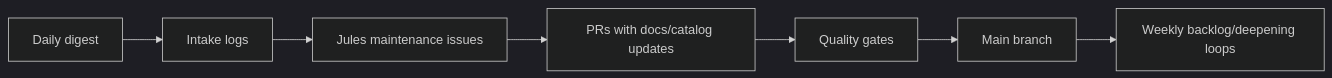
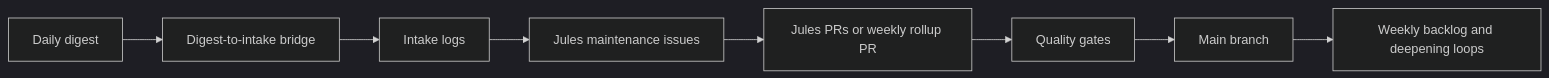
The diagram in docs/index.md (joanmarcriera/Home-office-automations), drawn with Mermaid (dark theme) before and after one commit. The commit also changed other lines of this file and 9 other files, not shown here.

Commit message:
docs: align repository automation flow

````diff
--- a/docs/index.md
+++ b/docs/index.md
@@ -67,9 +67,10 @@
 ```mermaid
 flowchart LR
-    A["Daily digest"] --> B["Intake logs"]
-    B --> C["Jules maintenance issues"]
-    C --> D["PRs with docs/catalog updates"]
-    D --> E["Quality gates"]
-    E --> F["Main branch"]
-    F --> G["Weekly backlog/deepening loops"]
+    A["Daily digest"] --> B["Digest-to-intake bridge"]
+    B --> C["Intake logs"]
+    C --> D["Jules maintenance issues"]
+    D --> E["Jules PRs or weekly rollup PR"]
+    E --> F["Quality gates"]
+    F --> G["Main branch"]
+    G --> H["Weekly backlog and deepening loops"]
 ```
````
